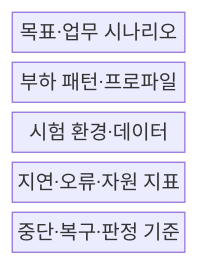
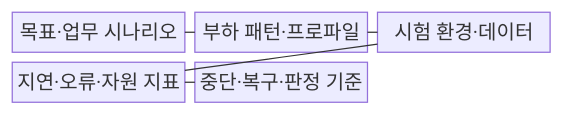
Before and after one commit to agnusdei1207/knowledge-base: the first of 2 diagrams in src/content/docs/notes/06-evaluation/006_performance_testing_types.md, drawn with Mermaid. The commit also changed other lines of this file and 53 other files, not shown here.

````diff
--- a/src/content/docs/notes/06-evaluation/006_performance_testing_types.md
+++ b/src/content/docs/notes/06-evaluation/006_performance_testing_types.md
@@ -56,9 +56,13 @@
 ```mermaid
 block-beta
-  columns 1
+  columns 3
   S["목표·업무 시나리오"]
   P["부하 패턴·프로파일"]
   E["시험 환경·데이터"]
   M["지연·오류·자원 지표"]
   R["중단·복구·판정 기준"]
+  S --- P
+  P --- E
+  E --- M
+  M --- R
 ```
````
